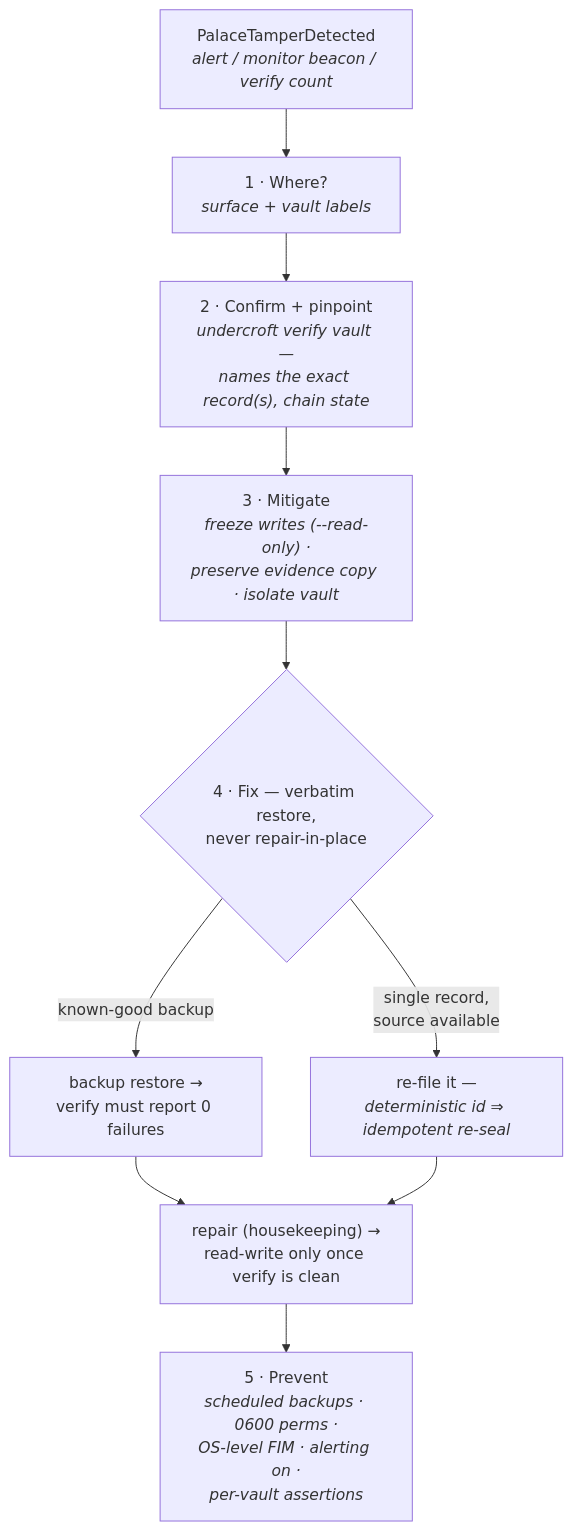
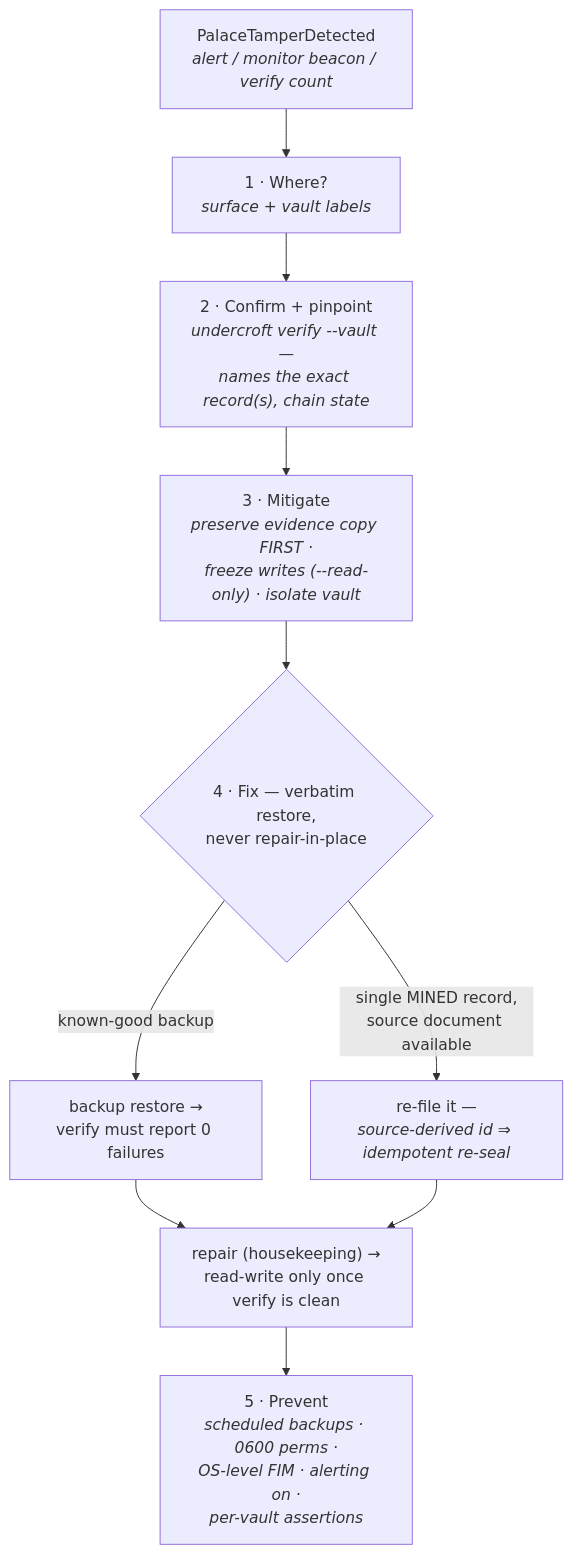
The diagram in website/src/runbook.md (sealcroft/undercroft), drawn with Mermaid before and after one commit. The commit also changed other lines of this file and 3 other files, not shown here.

````diff
--- a/website/src/runbook.md
+++ b/website/src/runbook.md
@@ -16,12 +16,12 @@
 ```mermaid
 flowchart TB
     alert["PalaceTamperDetected<br/><i>alert / monitor beacon / verify count</i>"] --> loc["1 · Where?<br/><i>surface + vault labels</i>"]
-    loc --> conf["2 · Confirm + pinpoint<br/><i>undercroft verify vault —<br/>names the exact record(s), chain state</i>"]
-    conf --> mit["3 · Mitigate<br/><i>freeze writes (--read-only) ·<br/>preserve evidence copy · isolate vault</i>"]
+    loc --> conf["2 · Confirm + pinpoint<br/><i>undercroft verify --vault —<br/>names the exact record(s), chain state</i>"]
+    conf --> mit["3 · Mitigate<br/><i>preserve evidence copy FIRST ·<br/>freeze writes (--read-only) · isolate vault</i>"]
     mit --> fix{"4 · Fix — verbatim restore,<br/>never repair-in-place"}
     fix -- "known-good backup" --> restore["backup restore →<br/>verify must report 0 failures"]
-    fix -- "single record,<br/>source available" --> refile["re-file it —<br/><i>deterministic id ⇒ idempotent re-seal</i>"]
+    fix -- "single MINED record,<br/>source document available" --> refile["re-file it —<br/><i>source-derived id ⇒ idempotent re-seal</i>"]
     restore --> clean["repair (housekeeping) →<br/>read-write only once verify is clean"]
     refile --> clean
     clean --> prev["5 · Prevent<br/><i>scheduled backups · 0600 perms ·<br/>OS-level FIM · alerting on ·<br/>per-vault assertions</i>"]
 ```
````
